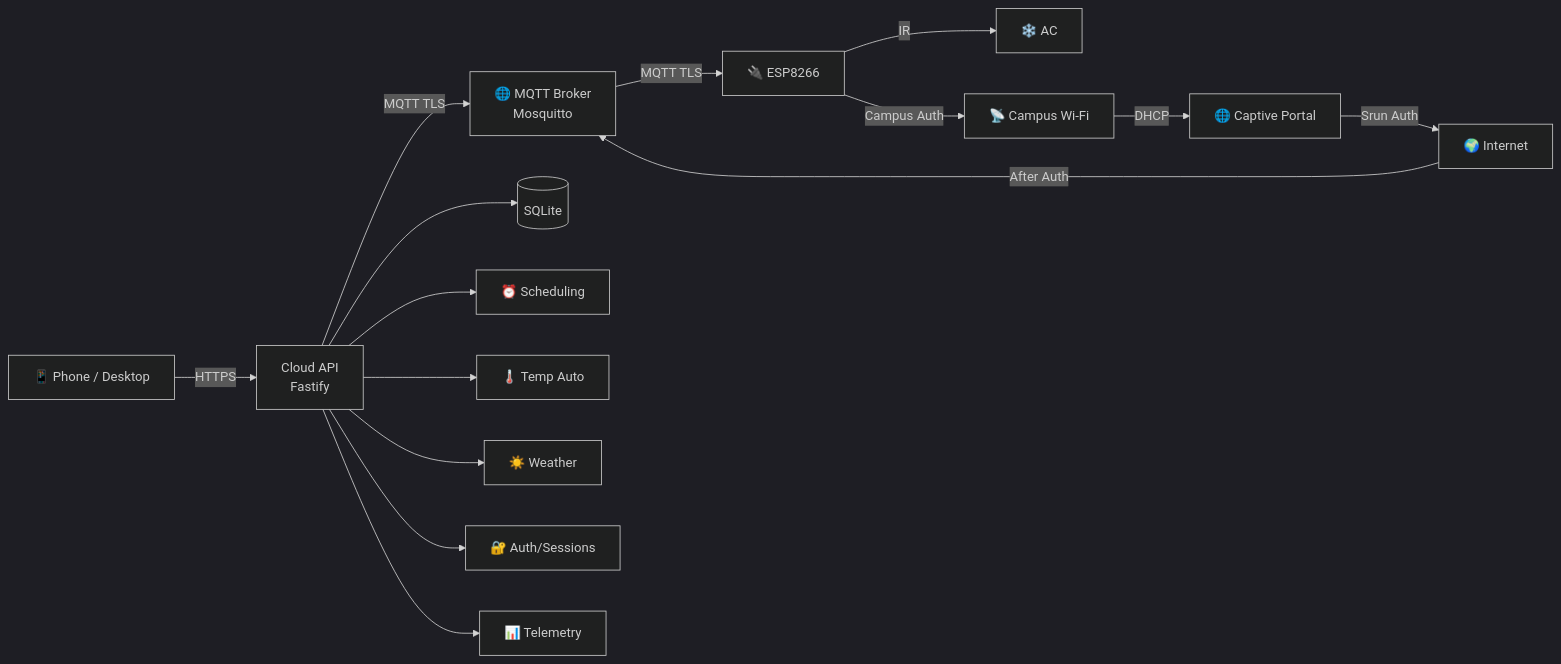
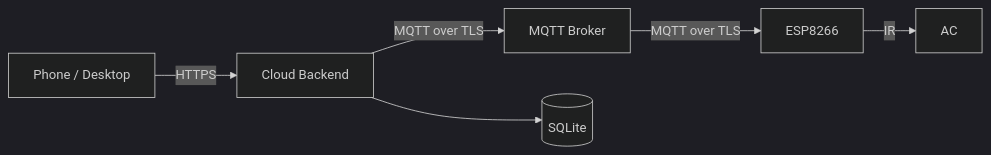
The diagram in README.en.md (nobodycareme/remote-ac-controller), drawn with Mermaid (dark theme) before and after one commit. The commit also changed other lines of this file and 1 other file, not shown here.

````diff
--- a/README.en.md
+++ b/README.en.md
@@ -71,19 +112,8 @@
 ```mermaid
 graph LR
-    A[📱 Phone / Desktop] -->|HTTPS| B[Cloud API<br/>Fastify]
-    B -->|MQTT TLS| C[🌐 MQTT Broker<br/>Mosquitto]
-    C -->|MQTT TLS| D[🔌 ESP8266]
-    D -->|IR| E[❄️ AC]
-
-    D -->|Campus Auth| P[📡 Campus Wi-Fi]
-    P -->|DHCP| Q[🌐 Captive Portal]
-    Q -->|Srun Auth| R[🌍 Internet]
-    R -->|After Auth| C
-
+    A[Phone / Desktop] -->|HTTPS| B[Cloud Backend]
+    B -->|MQTT over TLS| C[MQTT Broker]
+    C -->|MQTT over TLS| D[ESP8266]
+    D -->|IR| E[AC]
     B --> F[(SQLite)]
-    B --> G[⏰ Scheduling]
-    B --> H[🌡️ Temp Auto]
-    B --> I[☀️ Weather]
-    B --> J[🔐 Auth/Sessions]
-    B --> K[📊 Telemetry]
 ```
````
